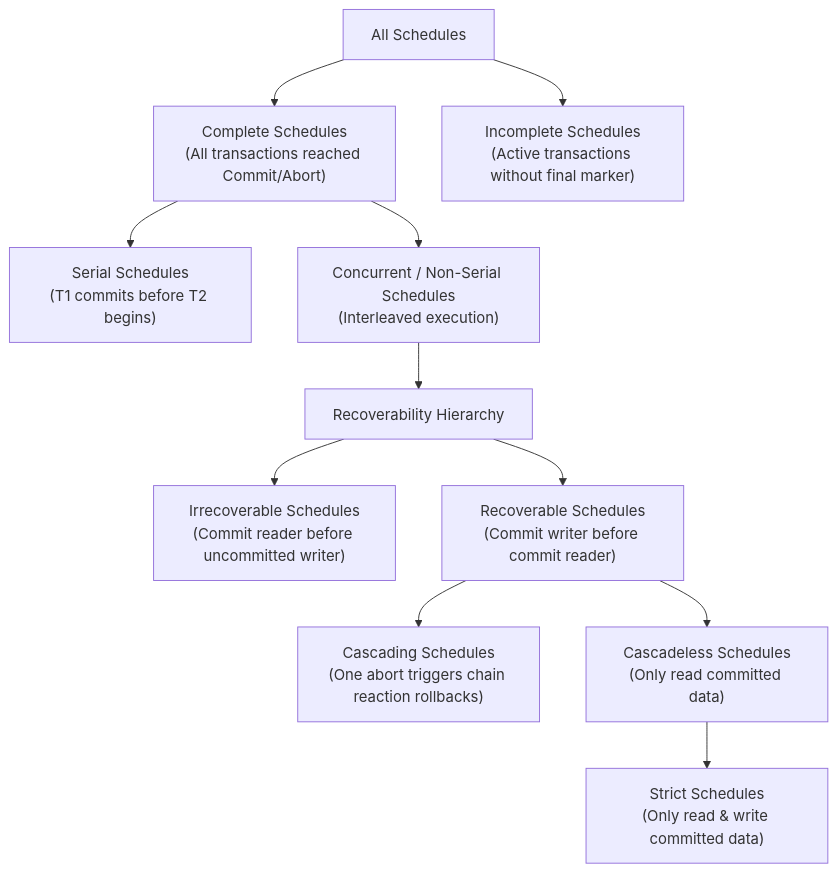
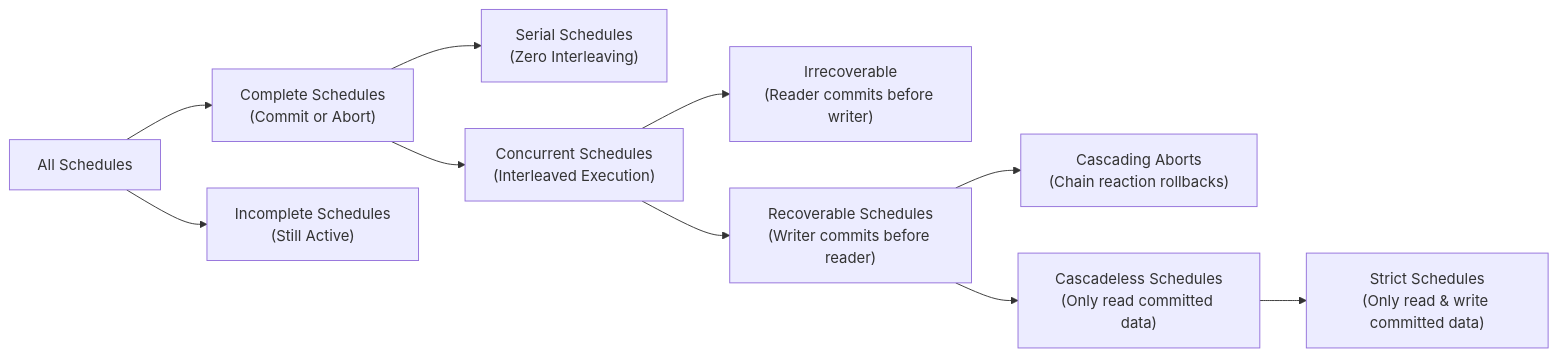
The tenth of 18 diagrams in 02-DBMS/Transactions-and-Concurrency-Control.md (rohithgowda18/Notes), drawn with Mermaid before and after one commit. The commit also changed other lines of this file and 15 other files, not shown here.

Commit message:
docs: audit Mermaid diagrams, optimize side-by-side layouts, and deduplicate DBMS advanced notes

````diff
--- a/02-DBMS/Transactions-and-Concurrency-Control.md
+++ b/02-DBMS/Transactions-and-Concurrency-Control.md
@@ -292,15 +282,15 @@
 ```mermaid
-flowchart TD
-    S["All Schedules"] --> Comp["Complete Schedules\n(All transactions reached Commit/Abort)"]
-    S --> Incomp["Incomplete Schedules\n(Active transactions without final marker)"]
+flowchart LR
+    S["All Schedules"] --> Comp["Complete Schedules<br/>(Commit or Abort)"]
+    S --> Incomp["Incomplete Schedules<br/>(Still Active)"]
 
-    Comp --> Ser["Serial Schedules\n(T1 commits before T2 begins)"]
-    Comp --> NonSer["Concurrent / Non-Serial Schedules\n(Interleaved execution)"]
+    Comp --> Ser["Serial Schedules<br/>(Zero Interleaving)"]
+    Comp --> NonSer["Concurrent Schedules<br/>(Interleaved Execution)"]
 
-    NonSer --> Rec["Recoverability Hierarchy"]
-    Rec --> Irrec["Irrecoverable Schedules\n(Commit reader before uncommitted writer)"]
-    Rec --> Recoverable["Recoverable Schedules\n(Commit writer before commit reader)"]
-    Recoverable --> Cascading["Cascading Schedules\n(One abort triggers chain reaction rollbacks)"]
-    Recoverable --> Cascadeless["Cascadeless Schedules\n(Only read committed data)"]
-    Cascadeless --> Strict["Strict Schedules\n(Only read & write committed data)"]
+    NonSer --> Irrec["Irrecoverable<br/>(Reader commits before writer)"]
+    NonSer --> Rec["Recoverable Schedules<br/>(Writer commits before reader)"]
+
+    Rec --> Casc["Cascading Aborts<br/>(Chain reaction rollbacks)"]
+    Rec --> Cascless["Cascadeless Schedules<br/>(Only read committed data)"]
+    Cascless --> Strict["Strict Schedules<br/>(Only read & write committed data)"]
 ```
````
